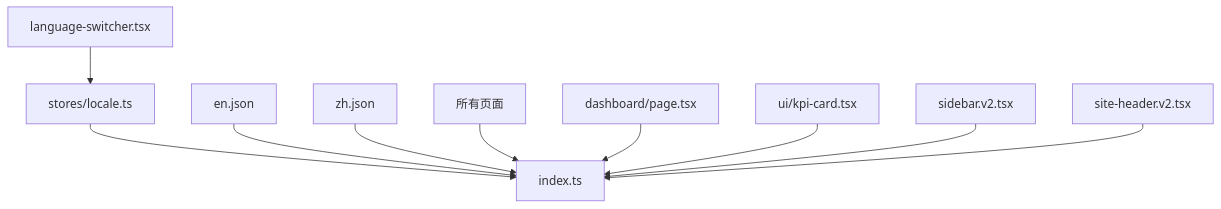
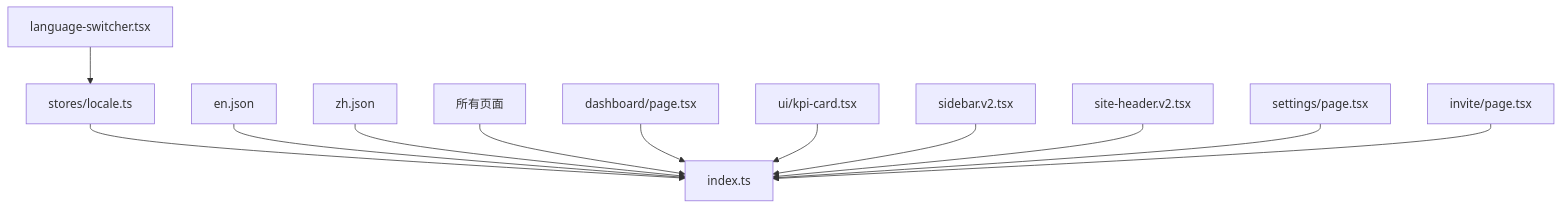
The diagram in src/lib/i18n/_dir.md (Zekiwest/sub2api-web), drawn with Mermaid before and after one commit. The commit also changed other lines of this file and 13 other files, not shown here.

First line of the commit message:
feat: Add Settings page and Invite system with user profile dropdown

````diff
--- a/src/lib/i18n/_dir.md
+++ b/src/lib/i18n/_dir.md
@@ -52,13 +54,15 @@
 ```mermaid
 graph TD
     LS[stores/locale.ts] --> I[index.ts]
     EN[en.json] --> I
     ZH[zh.json] --> I
     
     PAGES[所有页面] --> I
     DASH[dashboard/page.tsx] --> I
     KPI[ui/kpi-card.tsx] --> I
     SIDEBAR[sidebar.v2.tsx] --> I
     HEADER[site-header.v2.tsx] --> I
+    SETTINGS[settings/page.tsx] --> I
+    INVITE[invite/page.tsx] --> I
     SWITCH[language-switcher.tsx] --> LS
 ```
````
